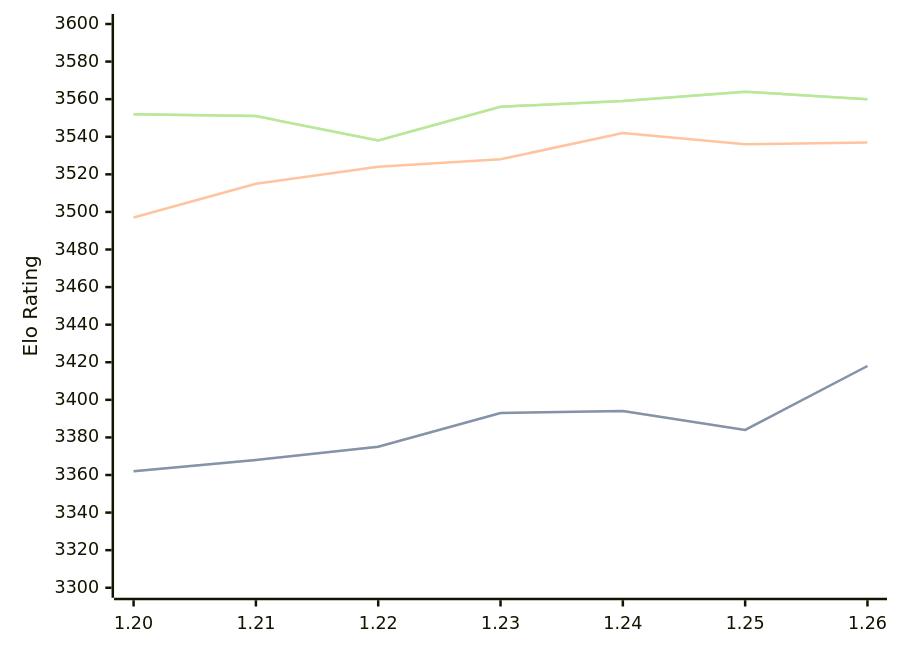
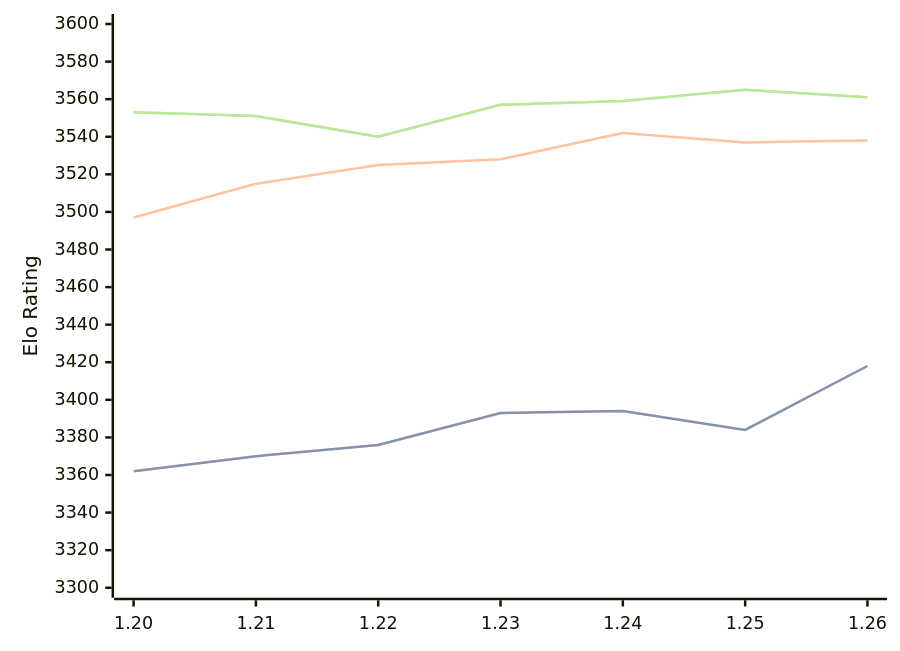
Before and after one commit to computer-chess-index/cci: the diagram in engines/Caissa.md, drawn with Mermaid. The commit also changed other lines of this file, not shown here.

Commit message:
Update CCI Ratings (ELO VLTC) - 2026-09-14

````diff
--- a/engines/Caissa.md
+++ b/engines/Caissa.md
@@ -37,11 +37,11 @@
 ```mermaid
 %%{init: {"theme":"base","themeVariables":{"seriesColors:['#a3a3a3','#222221','#faa371']}}}%%
 xychart-beta
   x-axis ["1.20", "1.21", "1.22", "1.23", "1.24", "1.25", "1.26"]
   y-axis "Elo Rating" 3300 --> 3600
-  line "" [3362, 3368, 3375, 3393, 3394, 3384, 3418]
-  line "STC (8.0+0.08s)" [3362, 3368, 3375, 3393, 3394, 3384, 3418]
-  line "LTC (60.0+0.60s)" [3497, 3515, 3524, 3528, 3542, 3536, 3537]
-  line "" [3552, 3551, 3538, 3556, 3559, 3564, 3560]
-  line "VLTC (2m24s+1.12s)" [3552, 3551, 3538, 3556, 3559, 3564, 3560]
+  line "" [3362, 3370, 3376, 3393, 3394, 3384, 3418]
+  line "STC (8.0+0.08s)" [3362, 3370, 3376, 3393, 3394, 3384, 3418]
+  line "LTC (60.0+0.60s)" [3497, 3515, 3525, 3528, 3542, 3537, 3538]
+  line "" [3553, 3551, 3540, 3557, 3559, 3565, 3561]
+  line "VLTC (2m24s+1.12s)" [3553, 3551, 3540, 3557, 3559, 3565, 3561]
 ```
````
